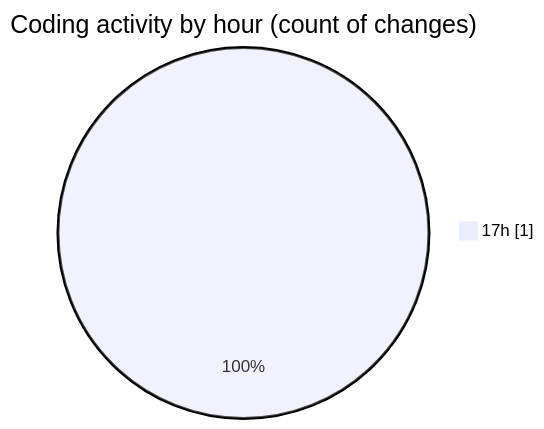
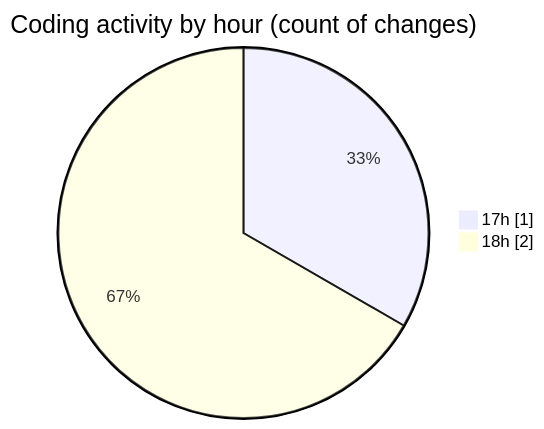
The second of 2 diagrams in 2025-11-07/downloads/README.md (NitaiMahat/code-tracking), drawn with Mermaid before and after one commit. The commit also changed other lines of this file and 1 other file, not shown here.

````diff
--- a/2025-11-07/downloads/README.md
+++ b/2025-11-07/downloads/README.md
@@ -28,5 +29,6 @@
 ```mermaid
 pie showData
 title Coding activity by hour (count of changes)
 "17h" : 1
+"18h" : 2
 ```
````
